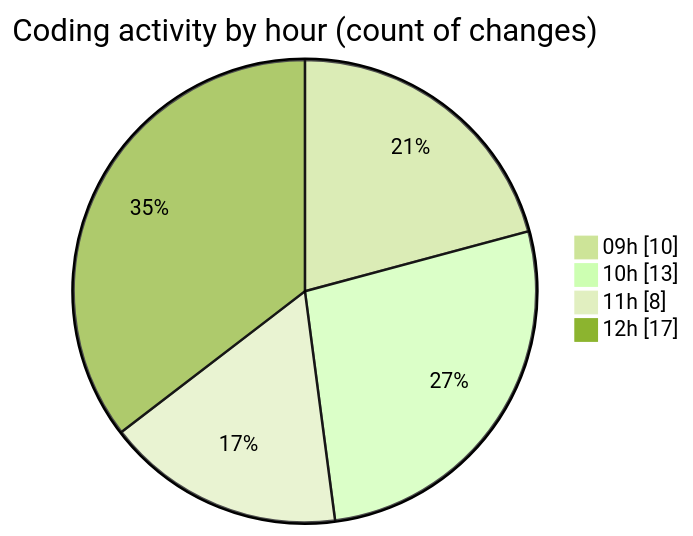
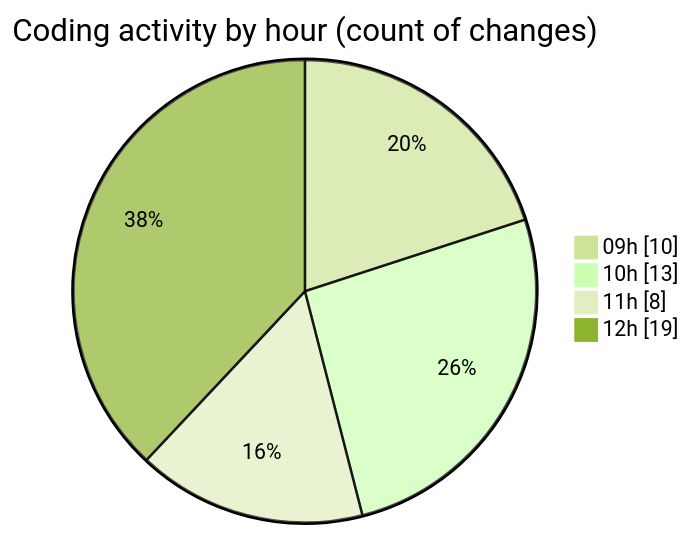
Before and after one commit to momahboobian/code-tracking: the second of 2 diagrams in 2025-03-07/cda/README.md, drawn with Mermaid (forest theme). The commit also changed other lines of this file and 1 other file, not shown here.

````diff
--- a/2025-03-07/cda/README.md
+++ b/2025-03-07/cda/README.md
@@ -40,8 +40,8 @@
 ```mermaid
 pie showData
 title Coding activity by hour (count of changes)
 "09h" : 10
 "10h" : 13
 "11h" : 8
-"12h" : 17
+"12h" : 19
 ```
````
